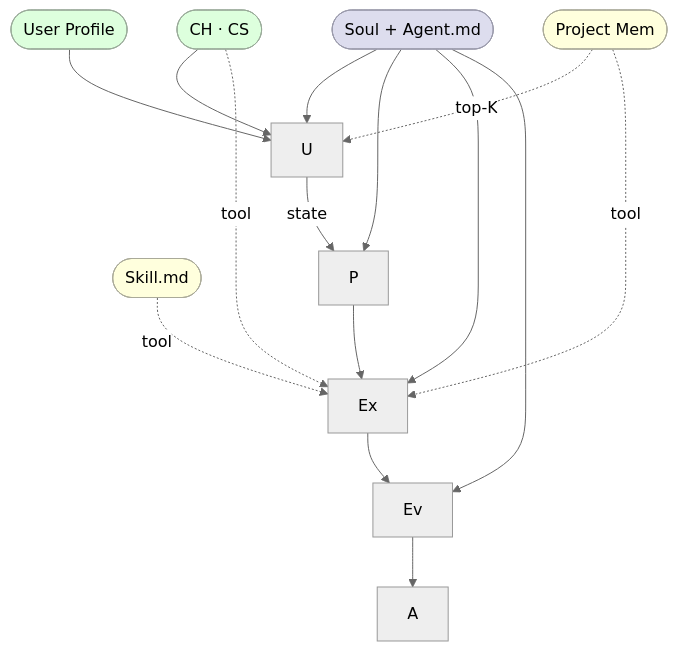
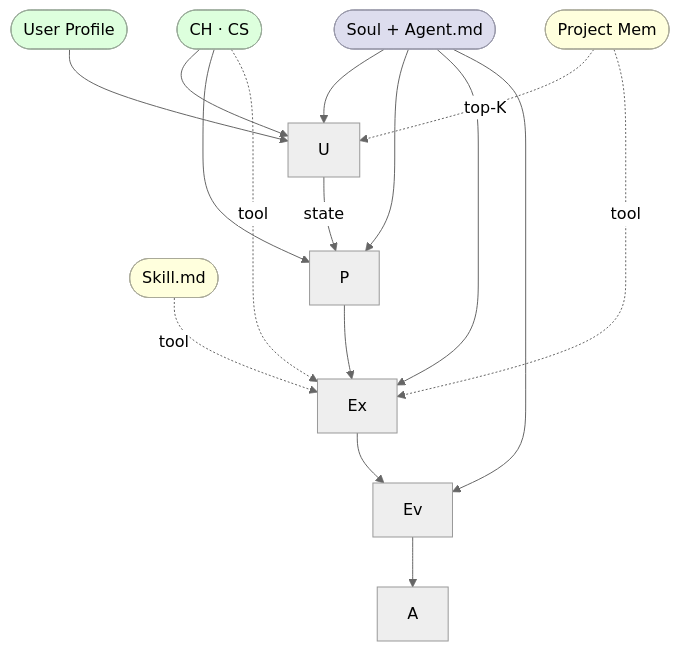
Before and after one commit to wiedersehne/Ida-arch: the fourth of 4 diagrams in memory_arch.md, drawn with Mermaid (neutral theme). The commit also changed other lines of this file, not shown here.

````diff
--- a/memory_arch.md
+++ b/memory_arch.md
@@ -281,31 +281,32 @@
 ```mermaid
 flowchart TD
     soul(["Soul + Agent.md"])
     ep(["CH · CS"])
     up(["User Profile"])
     pm(["Project Mem"])
     sk(["Skill.md"])
 
     U["U"] -->|state| P["P"] --> Ex["Ex"] --> Ev["Ev"] --> A["A"]
 
     soul --> U
     soul --> P
     soul --> Ex
     soul --> Ev
 
     ep --> U
+    ep --> P
     ep -.->|tool| Ex
 
     up --> U
 
     pm -.->|top-K| U
     pm -.->|tool| Ex
 
     sk -.->|tool| Ex
 
     style soul fill:#dde,stroke:#99a
     style ep fill:#dfd,stroke:#9a9
     style up fill:#dfd,stroke:#9a9
     style pm fill:#ffd,stroke:#aa9
     style sk fill:#ffd,stroke:#aa9
 ```
````
